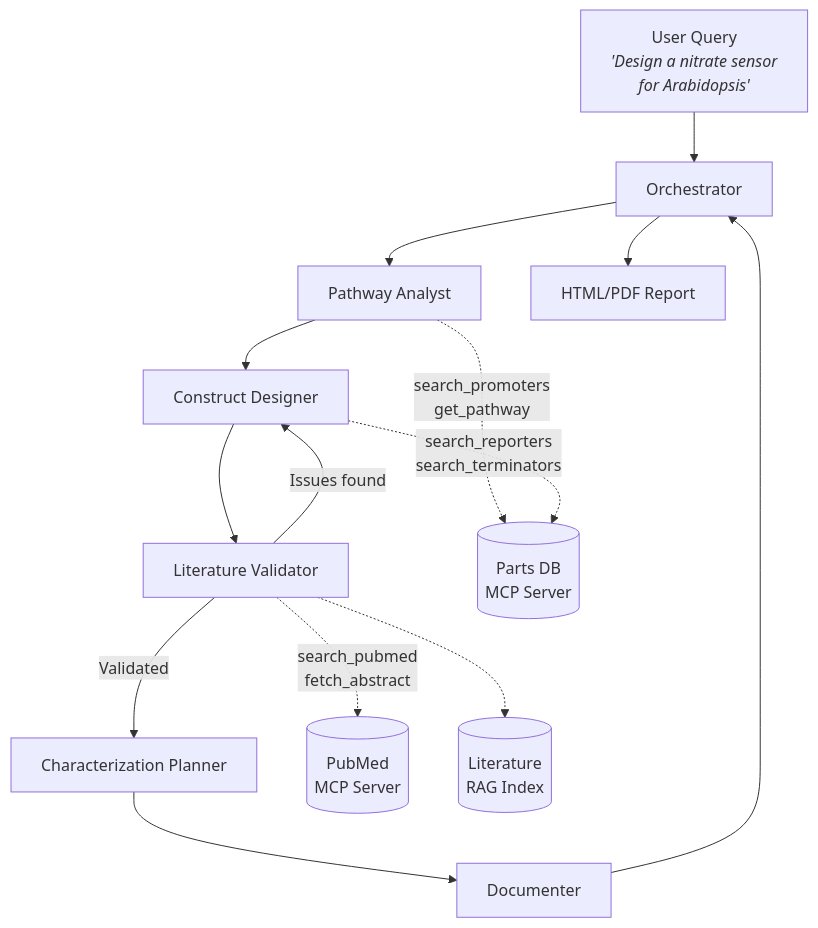
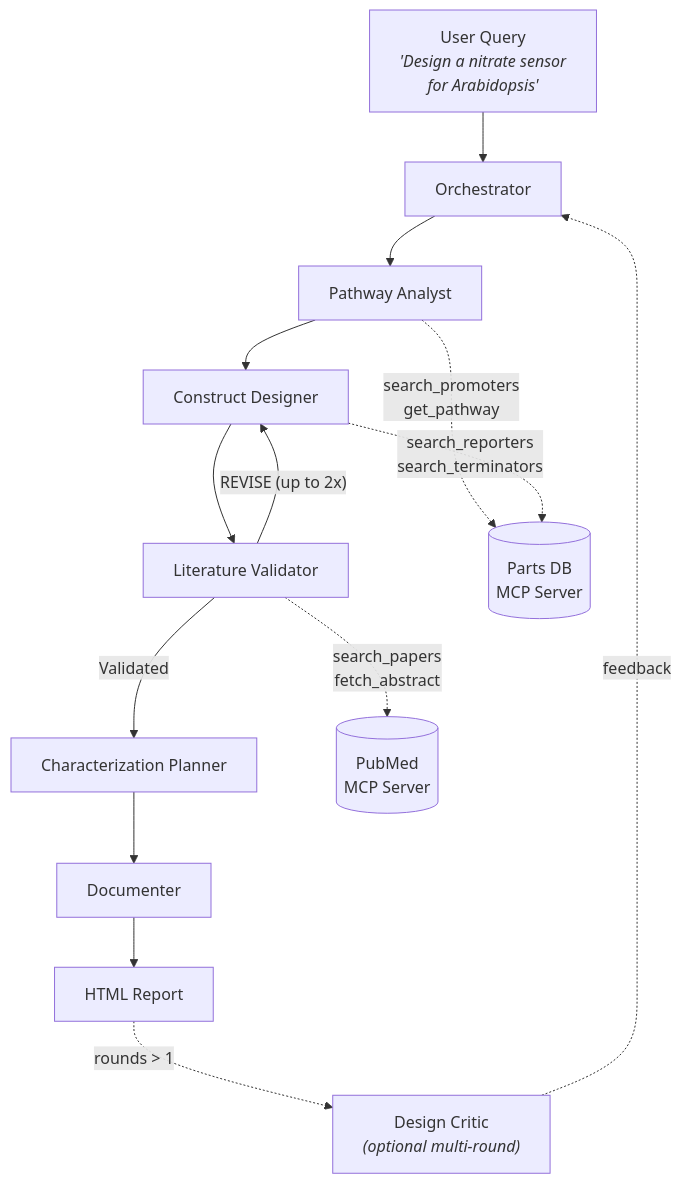
One commit to jacobbelding/BioSensor-Architect changed the diagram in README.md. Above: the diagram before and after it, drawn with Mermaid. The commit also changed other lines of this file and 20 other files, not shown here.

````diff
--- a/README.md
+++ b/README.md
@@ -7,29 +9,30 @@
 ```mermaid
 graph TD
     User["User Query<br/><i>'Design a nitrate sensor<br/>for Arabidopsis'</i>"]
     Orch[Orchestrator]
     PA[Pathway Analyst]
     CD[Construct Designer]
     LV[Literature Validator]
     CP[Characterization Planner]
     Doc[Documenter]
     MCP1[(Parts DB<br/>MCP Server)]
     MCP2[(PubMed<br/>MCP Server)]
-    RAG[(Literature<br/>RAG Index)]
-    Report["HTML/PDF Report"]
+    Report["HTML Report"]
+    Critic["Design Critic<br/><i>(optional multi-round)</i>"]
 
     User --> Orch
     Orch --> PA
     PA --> CD
     CD --> LV
-    LV -->|Issues found| CD
+    LV -->|"REVISE (up to 2x)"| CD
     LV -->|Validated| CP
     CP --> Doc
-    Doc --> Orch
-    Orch --> Report
+    Doc --> Report
+
+    Report -.->|"rounds > 1"| Critic
+    Critic -.->|feedback| Orch
 
     PA -.->|search_promoters<br/>get_pathway| MCP1
     CD -.->|search_reporters<br/>search_terminators| MCP1
-    LV -.->|search_pubmed<br/>fetch_abstract| MCP2
-    LV -.-> RAG
+    LV -.->|search_papers<br/>fetch_abstract| MCP2
 ```
````
